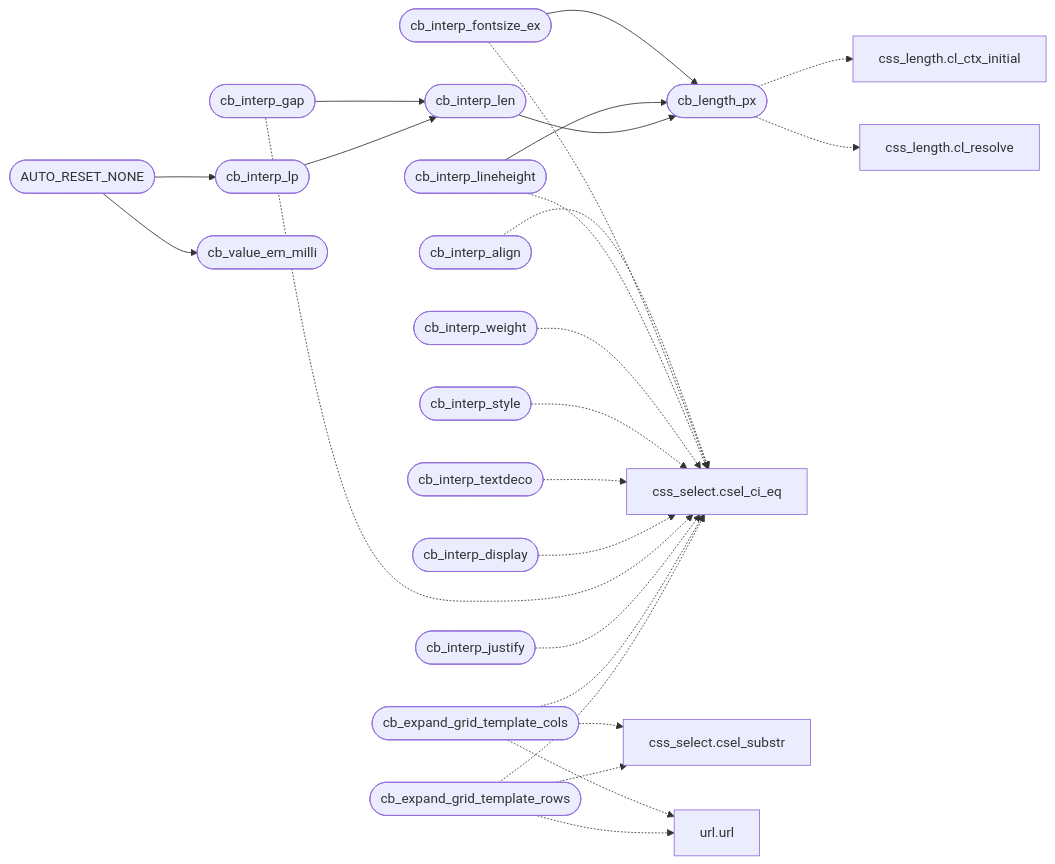
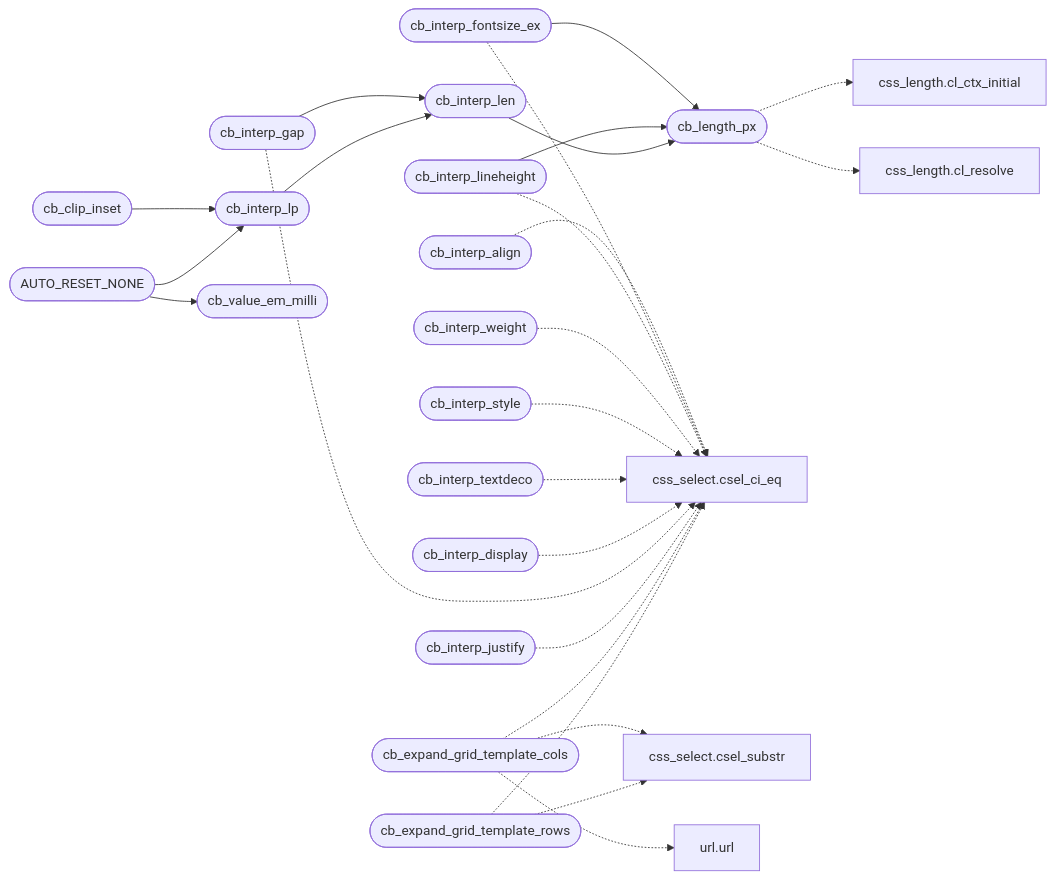
The second of 2 diagrams in readmenator-apidocs/modules/src.css_box.c.md (grisuno/FreeDom), drawn with Mermaid before and after one commit. The commit also changed other lines of this file and 1516 other files, not shown here.

````diff
--- a/readmenator-apidocs/modules/src.css_box.c.md
+++ b/readmenator-apidocs/modules/src.css_box.c.md
@@ -28,48 +28,49 @@
 ```mermaid
 flowchart LR
     n_src_css_box_c__cb_interp_fontsize_ex(["cb_interp_fontsize_ex"])
     n_src_css_box_c__cb_length_px(["cb_length_px"])
     n_src_css_box_c__cb_interp_lineheight(["cb_interp_lineheight"])
     n_src_css_box_c__cb_interp_gap(["cb_interp_gap"])
     n_src_css_box_c__cb_interp_len(["cb_interp_len"])
+    n_src_css_box_c__cb_clip_inset(["cb_clip_inset"])
     n_src_css_box_c__cb_interp_lp(["cb_interp_lp"])
     n_src_css_box_c__AUTO_RESET_NONE(["AUTO_RESET_NONE"])
     n_src_css_box_c__cb_value_em_milli(["cb_value_em_milli"])
     n_src_css_length_c__cl_ctx_initial["css_length.cl_ctx_initial"]
     n_src_css_length_c__cl_resolve["css_length.cl_resolve"]
     n_src_css_box_c__cb_interp_align(["cb_interp_align"])
     n_include_css_select_h__csel_ci_eq["css_select.csel_ci_eq"]
     n_src_css_box_c__cb_interp_weight(["cb_interp_weight"])
     n_src_css_box_c__cb_interp_style(["cb_interp_style"])
     n_src_css_box_c__cb_interp_textdeco(["cb_interp_textdeco"])
     n_src_css_box_c__cb_interp_display(["cb_interp_display"])
     n_src_css_box_c__cb_interp_justify(["cb_interp_justify"])
     n_src_css_box_c__cb_expand_grid_template_cols(["cb_expand_grid_template_cols"])
     n_include_css_select_h__csel_substr["css_select.csel_substr"]
     n_include_url_h__url["url.url"]
     n_src_css_box_c__cb_expand_grid_template_rows(["cb_expand_grid_template_rows"])
     n_src_css_box_c__cb_interp_fontsize_ex --> n_src_css_box_c__cb_length_px
     n_src_css_box_c__cb_interp_lineheight --> n_src_css_box_c__cb_length_px
     n_src_css_box_c__cb_interp_gap --> n_src_css_box_c__cb_interp_len
     n_src_css_box_c__cb_interp_len --> n_src_css_box_c__cb_length_px
+    n_src_css_box_c__cb_clip_inset --> n_src_css_box_c__cb_interp_lp
     n_src_css_box_c__cb_interp_lp --> n_src_css_box_c__cb_interp_len
     n_src_css_box_c__AUTO_RESET_NONE --> n_src_css_box_c__cb_interp_lp
     n_src_css_box_c__AUTO_RESET_NONE --> n_src_css_box_c__cb_value_em_milli
     n_src_css_box_c__cb_length_px -.-> n_src_css_length_c__cl_ctx_initial
     n_src_css_box_c__cb_length_px -.-> n_src_css_length_c__cl_resolve
     n_src_css_box_c__cb_interp_align -.-> n_include_css_select_h__csel_ci_eq
     n_src_css_box_c__cb_interp_fontsize_ex -.-> n_include_css_select_h__csel_ci_eq
     n_src_css_box_c__cb_interp_lineheight -.-> n_include_css_select_h__csel_ci_eq
     n_src_css_box_c__cb_interp_weight -.-> n_include_css_select_h__csel_ci_eq
     n_src_css_box_c__cb_interp_style -.-> n_include_css_select_h__csel_ci_eq
     n_src_css_box_c__cb_interp_textdeco -.-> n_include_css_select_h__csel_ci_eq
     n_src_css_box_c__cb_interp_display -.-> n_include_css_select_h__csel_ci_eq
     n_src_css_box_c__cb_interp_gap -.-> n_include_css_select_h__csel_ci_eq
     n_src_css_box_c__cb_interp_justify -.-> n_include_css_select_h__csel_ci_eq
     n_src_css_box_c__cb_expand_grid_template_cols -.-> n_include_css_select_h__csel_ci_eq
     n_src_css_box_c__cb_expand_grid_template_cols -.-> n_include_css_select_h__csel_substr
     n_src_css_box_c__cb_expand_grid_template_cols -.-> n_include_url_h__url
     n_src_css_box_c__cb_expand_grid_template_rows -.-> n_include_css_select_h__csel_ci_eq
     n_src_css_box_c__cb_expand_grid_template_rows -.-> n_include_css_select_h__csel_substr
-    n_src_css_box_c__cb_expand_grid_template_rows -.-> n_include_url_h__url
 ```
````
